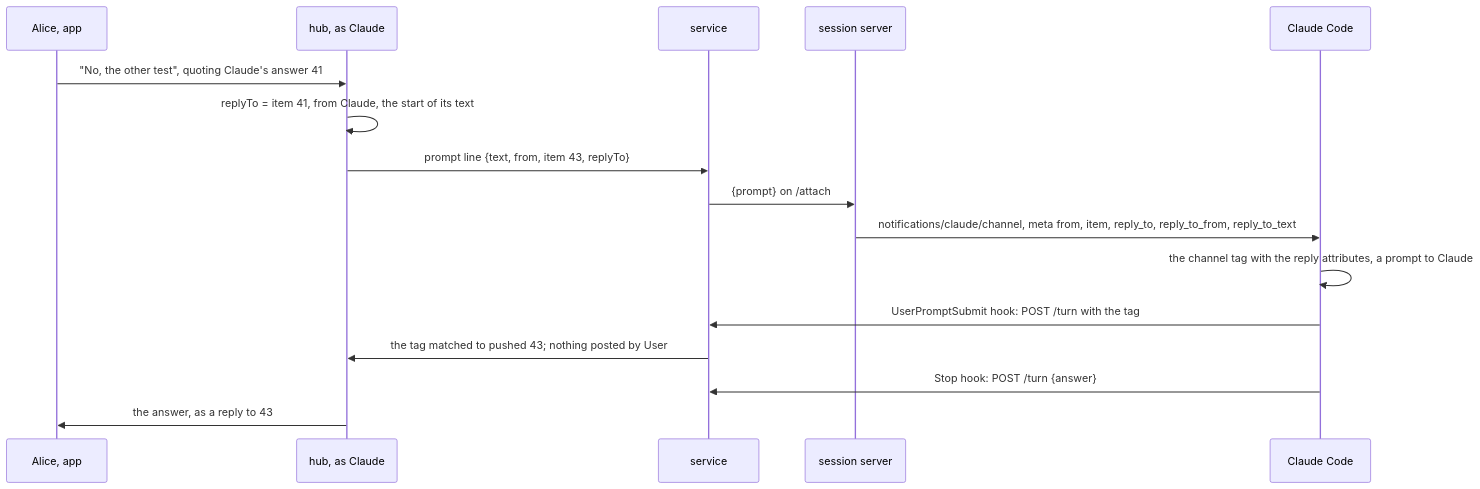
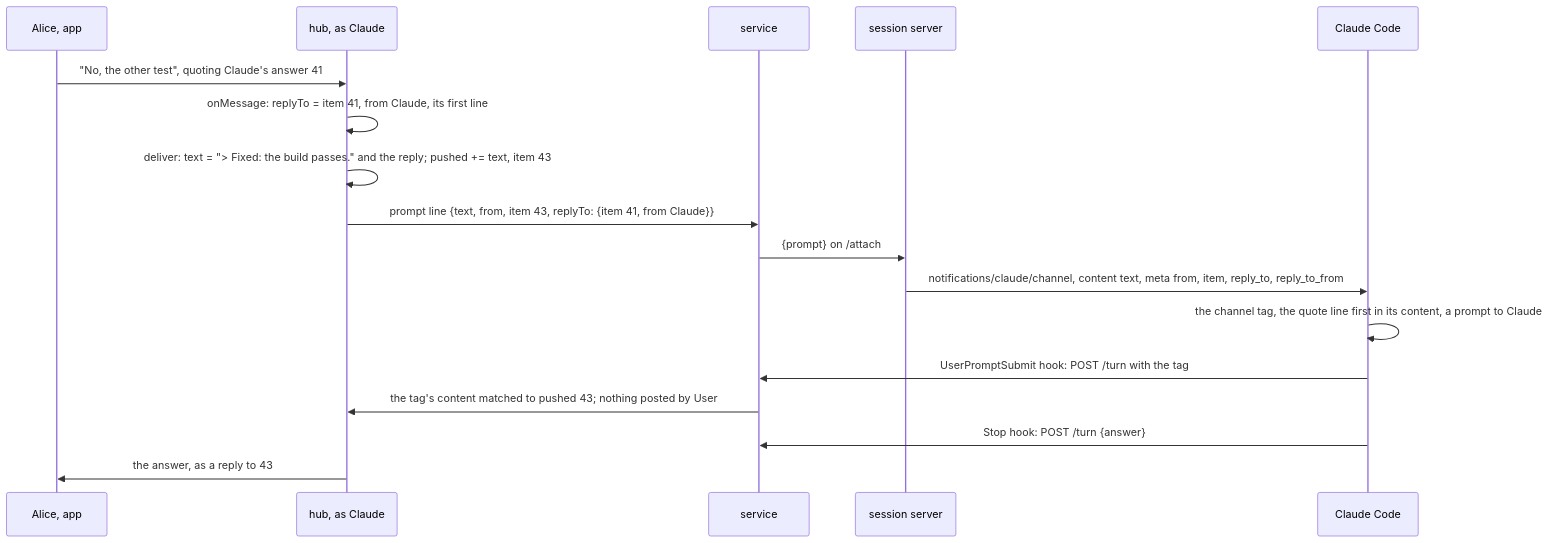
Before and after one commit to simplex-chat/simplex-chat: the first of 2 diagrams in plans/2026-11-12-mcp-replies.md, drawn with Mermaid. The commit also changed other lines of this file, not shown here.

Commit message:
plan: mcp-replies, quote line before the reply, as the user asked

````diff
--- a/plans/2026-11-12-mcp-replies.md
+++ b/plans/2026-11-12-mcp-replies.md
@@ -97,18 +103,19 @@
 ```mermaid
 sequenceDiagram
   participant A as Alice, app
   participant H as hub, as Claude
   participant D as service
   participant S as session server
   participant C as Claude Code
   A->>H: "No, the other test", quoting Claude's answer 41
-  H->>H: replyTo = item 41, from Claude, the start of its text
-  H->>D: prompt line {text, from, item 43, replyTo}
+  H->>H: onMessage: replyTo = item 41, from Claude, its first line
+  H->>H: deliver: text = "> Fixed: the build passes." and the reply#59; pushed += text, item 43
+  H->>D: prompt line {text, from, item 43, replyTo: {item 41, from Claude}}
   D->>S: {prompt} on /attach
-  S->>C: notifications/claude/channel, meta from, item, reply_to, reply_to_from, reply_to_text
-  C->>C: the channel tag with the reply attributes, a prompt to Claude
+  S->>C: notifications/claude/channel, content text, meta from, item, reply_to, reply_to_from
+  C->>C: the channel tag, the quote line first in its content, a prompt to Claude
   C->>D: UserPromptSubmit hook: POST /turn with the tag
-  D->>H: the tag matched to pushed 43#59; nothing posted by User
+  D->>H: the tag's content matched to pushed 43#59; nothing posted by User
   C->>D: Stop hook: POST /turn {answer}
   H->>A: the answer, as a reply to 43
 ```
````
